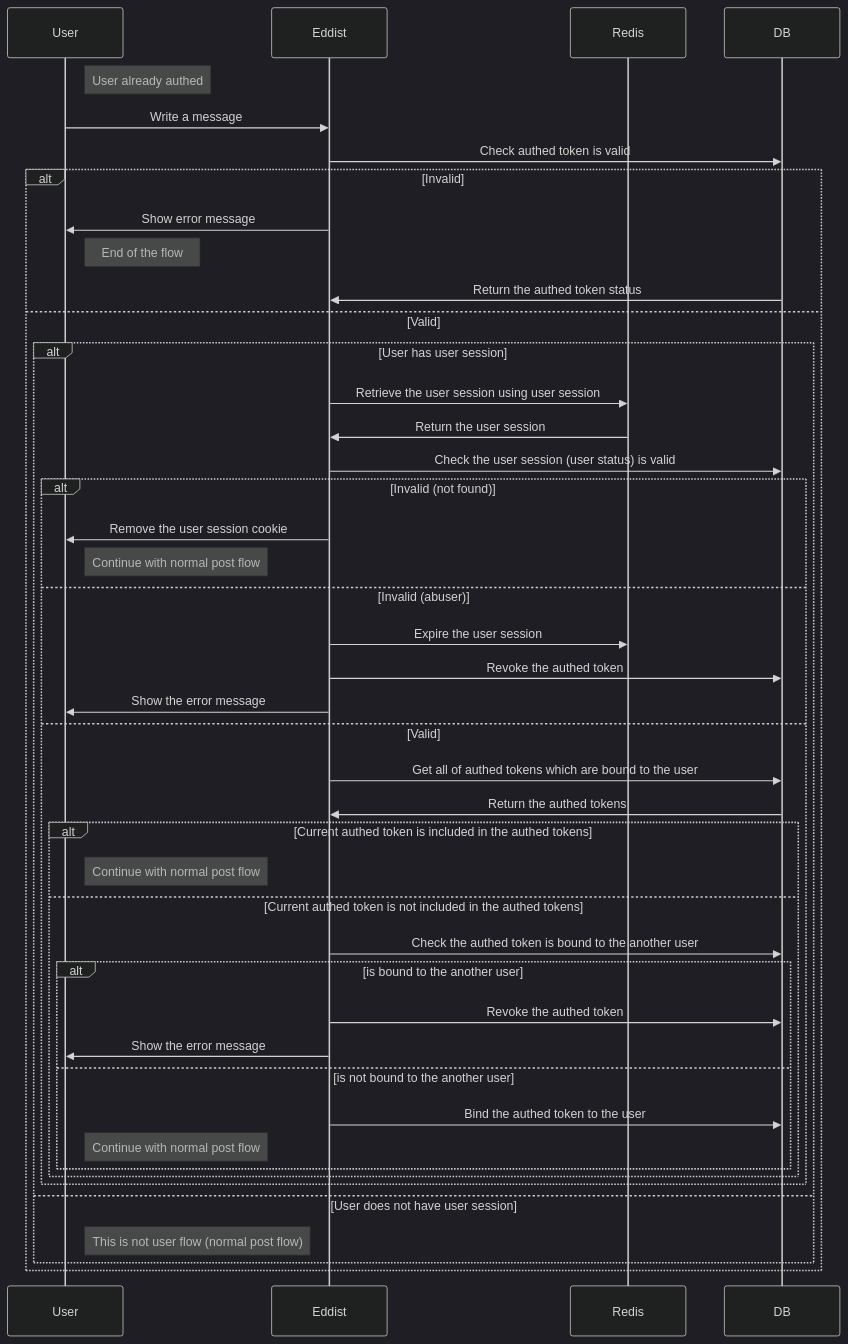
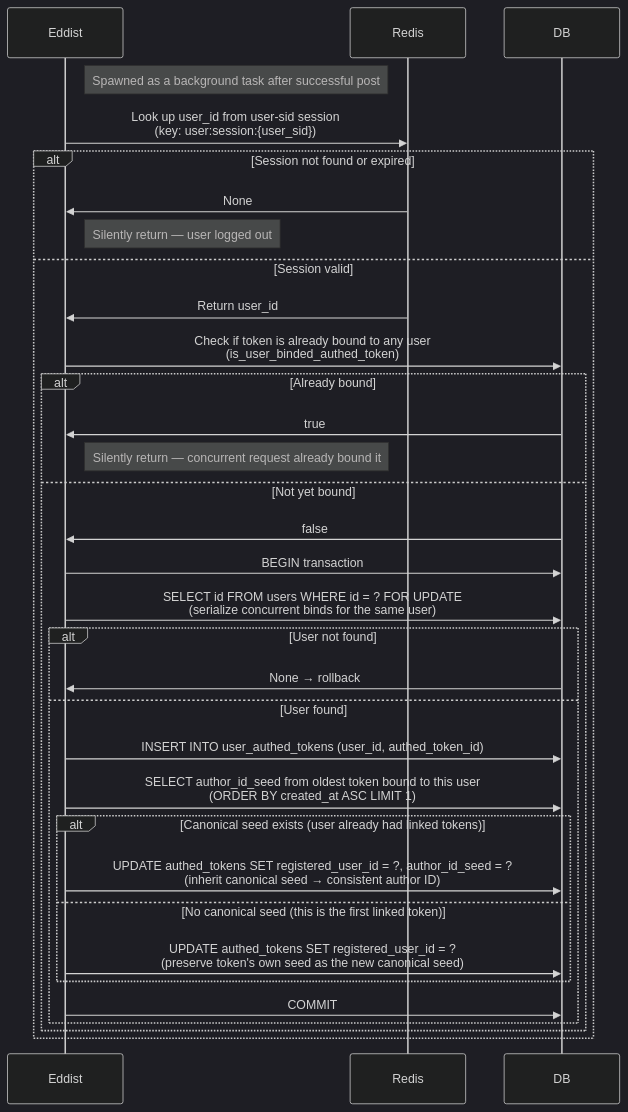
The fourth of 5 diagrams in docs/user-registration.md (edginer/eddist), drawn with Mermaid (dark theme) before and after one commit. The commit also changed other lines of this file and 3 other files, not shown here.

Commit message:
feat: enhance user registration flow with optional IDP linking and enforce registration for unlinked tokens

````diff
--- a/docs/user-registration.md
+++ b/docs/user-registration.md
@@ -142,47 +208,36 @@
 ```mermaid
 sequenceDiagram
-    participant User
     participant Eddist
     participant Redis
     participant DB
 
-    Note right of User: User already authed
-    User->>Eddist: Write a message
-    Eddist->>DB: Check authed token is valid
-    alt Invalid
-        Eddist->>User: Show error message
-        Note right of User: End of the flow
-        DB->>Eddist: Return the authed token status
-    else Valid
-        alt User has user session
-            Eddist->>Redis: Retrieve the user session using user session
-            Redis->>Eddist: Return the user session
-            Eddist->>DB: Check the user session (user status) is valid
-            alt Invalid (not found)
-                Eddist->>User: Remove the user session cookie
-                Note right of User: Continue with normal post flow
-            else Invalid (abuser)
-                Eddist->>Redis: Expire the user session
-                Eddist->>DB: Revoke the authed token
-                Eddist->>User: Show the error message
-            else Valid
-                Eddist->>DB: Get all of authed tokens which are bound to the user
-                DB->>Eddist: Return the authed tokens
-                alt Current authed token is included in the authed tokens
-                    Note right of User: Continue with normal post flow
-                else Current authed token is not included in the authed tokens
-                    Eddist->>DB: Check the authed token is bound to the another user
-                    alt is bound to the another user
-                        Eddist->>DB: Revoke the authed token
-                        Eddist->>User: Show the error message
-                    else is not bound to the another user
-                        Eddist->>DB: Bind the authed token to the user
-                        Note right of User: Continue with normal post flow
-                    end
+    Note right of Eddist: Spawned as a background task after successful post
+    Eddist->>Redis: Look up user_id from user-sid session <br> (key: user:session:{user_sid})
+    alt Session not found or expired
+        Redis->>Eddist: None
+        Note right of Eddist: Silently return — user logged out
+    else Session valid
+        Redis->>Eddist: Return user_id
+        Eddist->>DB: Check if token is already bound to any user <br> (is_user_binded_authed_token)
+        alt Already bound
+            DB->>Eddist: true
+            Note right of Eddist: Silently return — concurrent request already bound it
+        else Not yet bound
+            DB->>Eddist: false
+            Eddist->>DB: BEGIN transaction
+            Eddist->>DB: SELECT id FROM users WHERE id = ? FOR UPDATE <br> (serialize concurrent binds for the same user)
+            alt User not found
+                DB->>Eddist: None → rollback
+            else User found
+                Eddist->>DB: INSERT INTO user_authed_tokens (user_id, authed_token_id)
+                Eddist->>DB: SELECT author_id_seed from oldest token bound to this user <br> (ORDER BY created_at ASC LIMIT 1)
+                alt Canonical seed exists (user already had linked tokens)
+                    Eddist->>DB: UPDATE authed_tokens SET registered_user_id = ?, author_id_seed = ? <br> (inherit canonical seed → consistent author ID)
+                else No canonical seed (this is the first linked token)
+                    Eddist->>DB: UPDATE authed_tokens SET registered_user_id = ? <br> (preserve token's own seed as the new canonical seed)
                 end
+                Eddist->>DB: COMMIT
             end
-        else User does not have user session
-            Note right of User: This is not user flow (normal post flow)
         end
     end
 ```
````
